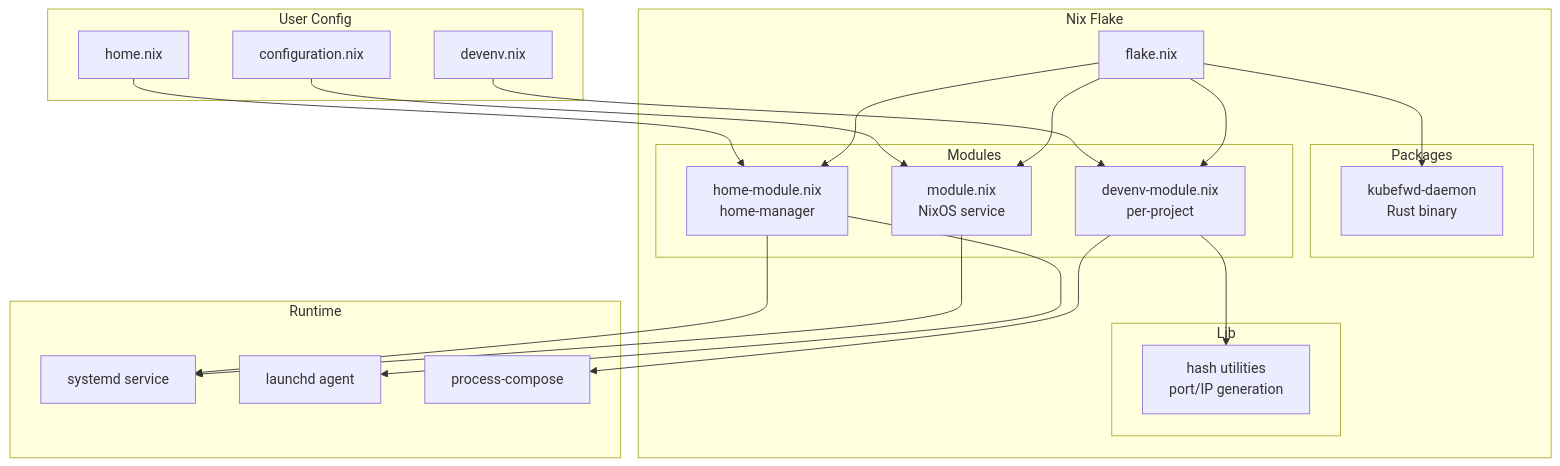
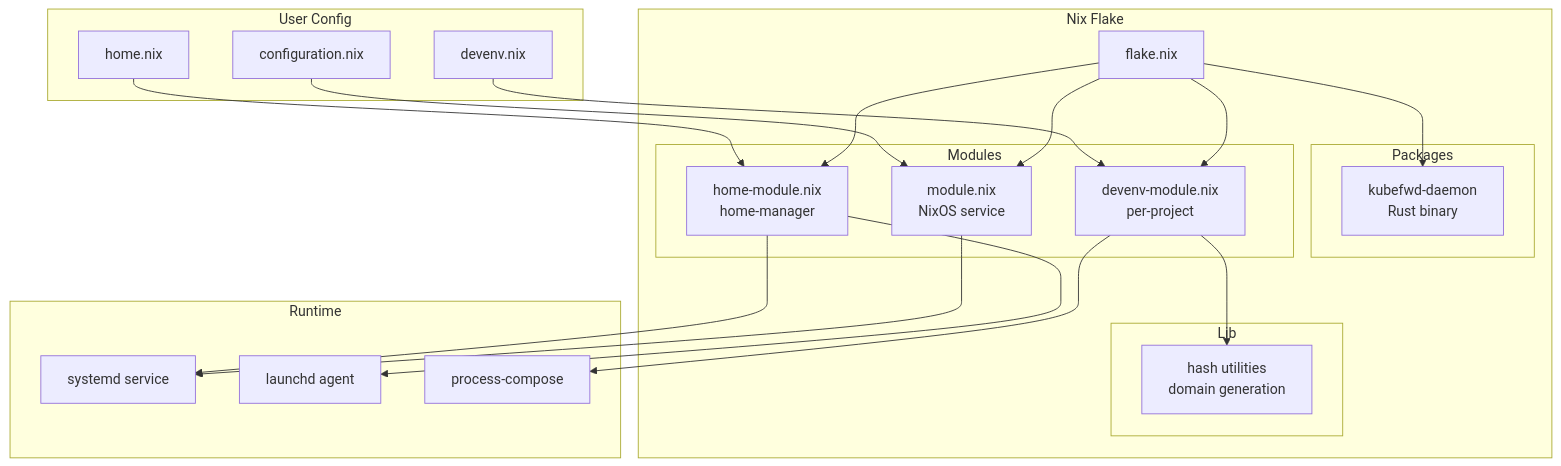
One commit to parthspatel/nix-kubefwd changed diagram 14 of 20 in docs/CODE_ARCHITECTURE.md. Above: the diagram before and after it, drawn with Mermaid. The commit also changed other lines of this file and 2 other files, not shown here.

````diff
--- a/docs/CODE_ARCHITECTURE.md
+++ b/docs/CODE_ARCHITECTURE.md
@@ -673,48 +671,48 @@
 ```mermaid
 graph TB
     subgraph "Nix Flake"
         Flake[flake.nix]
 
         subgraph "Packages"
             Pkg[kubefwd-daemon<br/>Rust binary]
         end
 
         subgraph "Modules"
             NixOS[module.nix<br/>NixOS service]
             Home[home-module.nix<br/>home-manager]
             Devenv[devenv-module.nix<br/>per-project]
         end
 
         subgraph "Lib"
-            HashLib[hash utilities<br/>port/IP generation]
+            HashLib[hash utilities<br/>domain generation]
         end
     end
 
     subgraph "User Config"
         NixOSConfig[configuration.nix]
         HomeConfig[home.nix]
         DevenvConfig[devenv.nix]
     end
 
     subgraph "Runtime"
         SystemD[systemd service]
         LaunchD[launchd agent]
         ProcessCompose[process-compose]
     end
 
     Flake --> Pkg
     Flake --> NixOS
     Flake --> Home
     Flake --> Devenv
 
     NixOSConfig --> NixOS
     HomeConfig --> Home
     DevenvConfig --> Devenv
 
     NixOS --> SystemD
     Home --> SystemD
     Home --> LaunchD
     Devenv --> ProcessCompose
 
     Devenv --> HashLib
 ```
````
